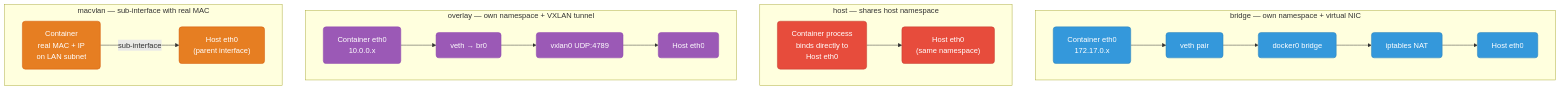
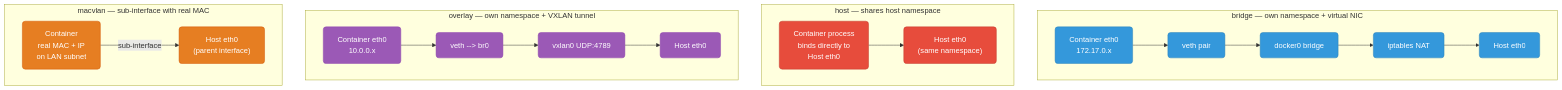
One commit to deepanshu-rawat6/tour-of-go changed the seventh of 8 diagrams in devops/docker/networking.md. Above: the diagram before and after it, drawn with Mermaid. The commit also changed 25 other files, not shown here.

````diff
--- a/devops/docker/networking.md
+++ b/devops/docker/networking.md
@@ -370,37 +370,37 @@
 ```mermaid
 graph TD
     classDef bridge fill:#3498db,stroke:#2980b9,color:#fff,rx:6
     classDef host fill:#e74c3c,stroke:#c0392b,color:#fff,rx:6
     classDef overlay fill:#9b59b6,stroke:#8e44ad,color:#fff,rx:6
     classDef macvlan fill:#e67e22,stroke:#d35400,color:#fff,rx:6
     classDef none fill:#7f8c8d,stroke:#6c7a7d,color:#fff,rx:6
 
     subgraph Bridge["bridge — own namespace + virtual NIC"]
         B_C["Container eth0<br/>172.17.0.x"]:::bridge
         B_V["veth pair"]:::bridge
         B_D["docker0 bridge"]:::bridge
         B_IP["iptables NAT"]:::bridge
         B_H["Host eth0"]:::bridge
         B_C --> B_V --> B_D --> B_IP --> B_H
     end
 
     subgraph Host["host — shares host namespace"]
         H_C["Container process<br/>binds directly to<br/>Host eth0"]:::host
         H_H["Host eth0<br/>(same namespace)"]:::host
         H_C --> H_H
     end
 
     subgraph Overlay["overlay — own namespace + VXLAN tunnel"]
         O_C["Container eth0<br/>10.0.0.x"]:::overlay
-        O_V["veth → br0"]:::overlay
+        O_V["veth --> br0"]:::overlay
         O_VX["vxlan0 UDP:4789"]:::overlay
         O_H["Host eth0"]:::overlay
         O_C --> O_V --> O_VX --> O_H
     end
 
     subgraph Macvlan["macvlan — sub-interface with real MAC"]
         M_C["Container<br/>real MAC + IP<br/>on LAN subnet"]:::macvlan
         M_H["Host eth0<br/>(parent interface)"]:::macvlan
         M_C -->|"sub-interface"| M_H
     end
 ```
````
